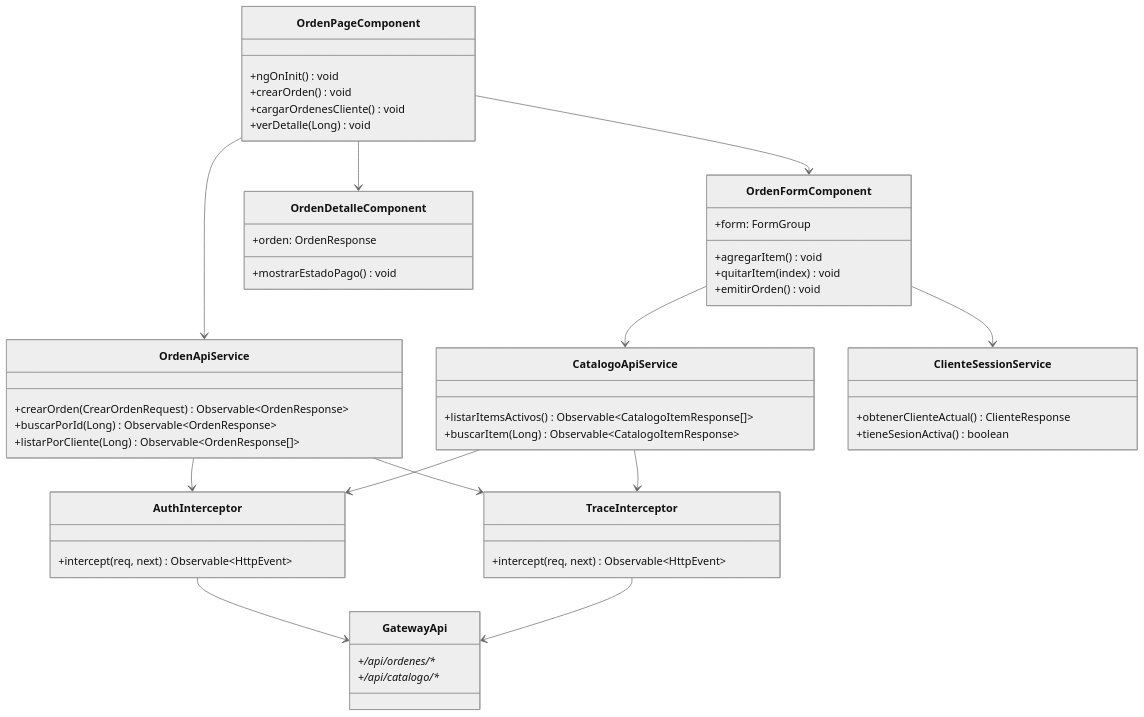
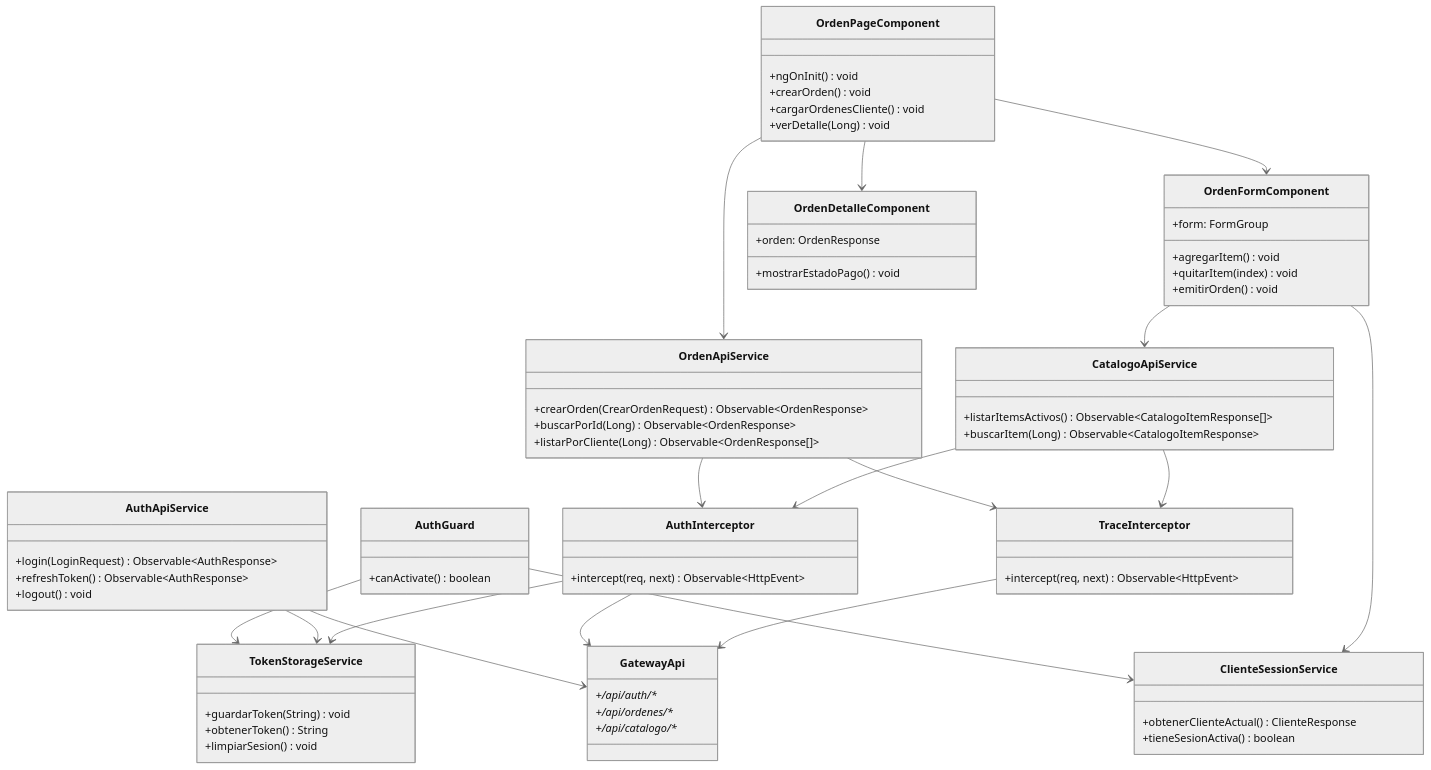
The eighth of 10 diagrams in README.md (262dist/pagatu), drawn with Mermaid (neutral theme) before and after one commit. The commit also changed other lines of this file, not shown here.

```diff
--- a/README.md
+++ b/README.md
@@ -359,6 +393,22 @@
         +tieneSesionActiva() boolean
     }
 
+    class AuthGuard {
+        +canActivate() boolean
+    }
+
+    class AuthApiService {
+        +login(LoginRequest) Observable~AuthResponse~
+        +refreshToken() Observable~AuthResponse~
+        +logout() void
+    }
+
+    class TokenStorageService {
+        +guardarToken(String) void
+        +obtenerToken() String
+        +limpiarSesion() void
+    }
+
     class AuthInterceptor {
         +intercept(req, next) Observable~HttpEvent~
     }
@@ -368,10 +418,16 @@
     }
 
     class GatewayApi {
+        +/api/auth/**
         +/api/ordenes/**
         +/api/catalogo/**
     }
 
+    AuthGuard --> ClienteSessionService
+    AuthGuard --> TokenStorageService
+    AuthApiService --> GatewayApi
+    AuthApiService --> TokenStorageService
+    AuthInterceptor --> TokenStorageService
     OrdenPageComponent --> OrdenFormComponent
     OrdenPageComponent --> OrdenDetalleComponent
     OrdenPageComponent --> OrdenApiService
```
